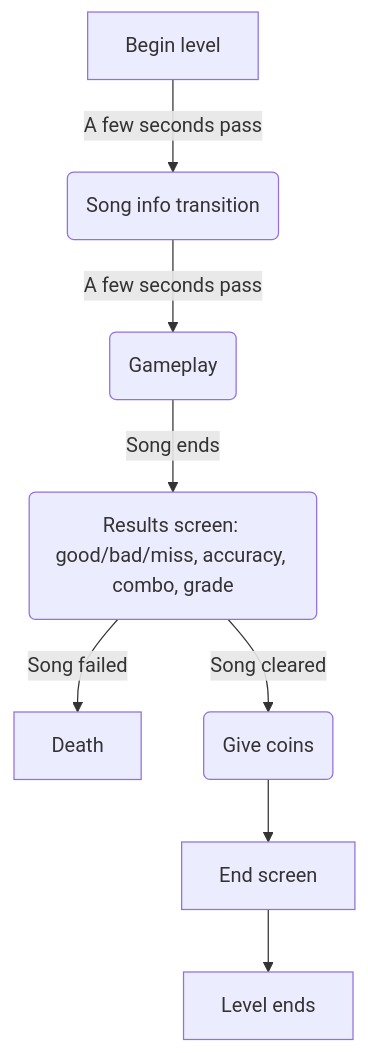
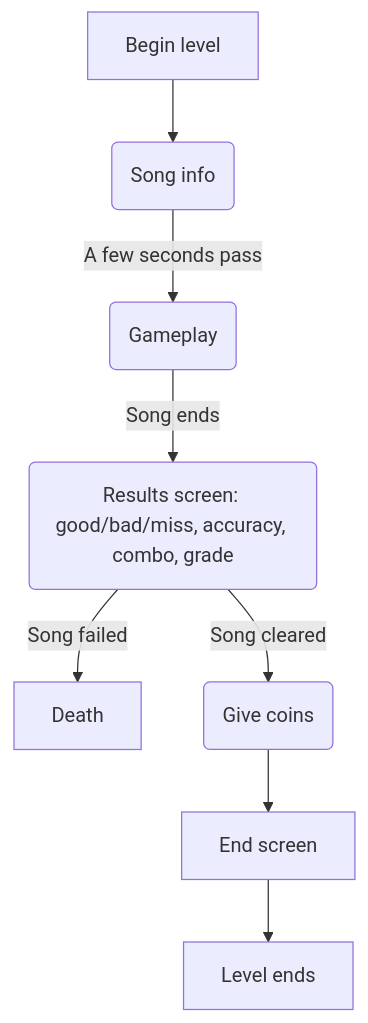
The diagram in doc/ui/flow.md (Maritsu/taiko-time), drawn with Mermaid before and after one commit. The commit also changed other lines of this file, not shown here.

Commit message:
[docs] i hate markdown 2: electric boogaloo

````diff
--- a/doc/ui/flow.md
+++ b/doc/ui/flow.md
@@ -4,10 +4,9 @@
 ```mermaid
 flowchart TD
-    0[Begin level]
-    0 -->|A few seconds pass| SI(Song info transition)
+    0[Begin level] --> SI(Song info)
     SI -->|A few seconds pass| GP(Gameplay)
     GP -->|Song ends| RS(Results screen: good/bad/miss, accuracy, combo, grade)
     RS -->|Song failed| GP0[Death]
     RS -->|Song cleared| GP1(Give coins)
     GP1 --> 9998[End screen] --> 9999[Level ends]
 ```
````
